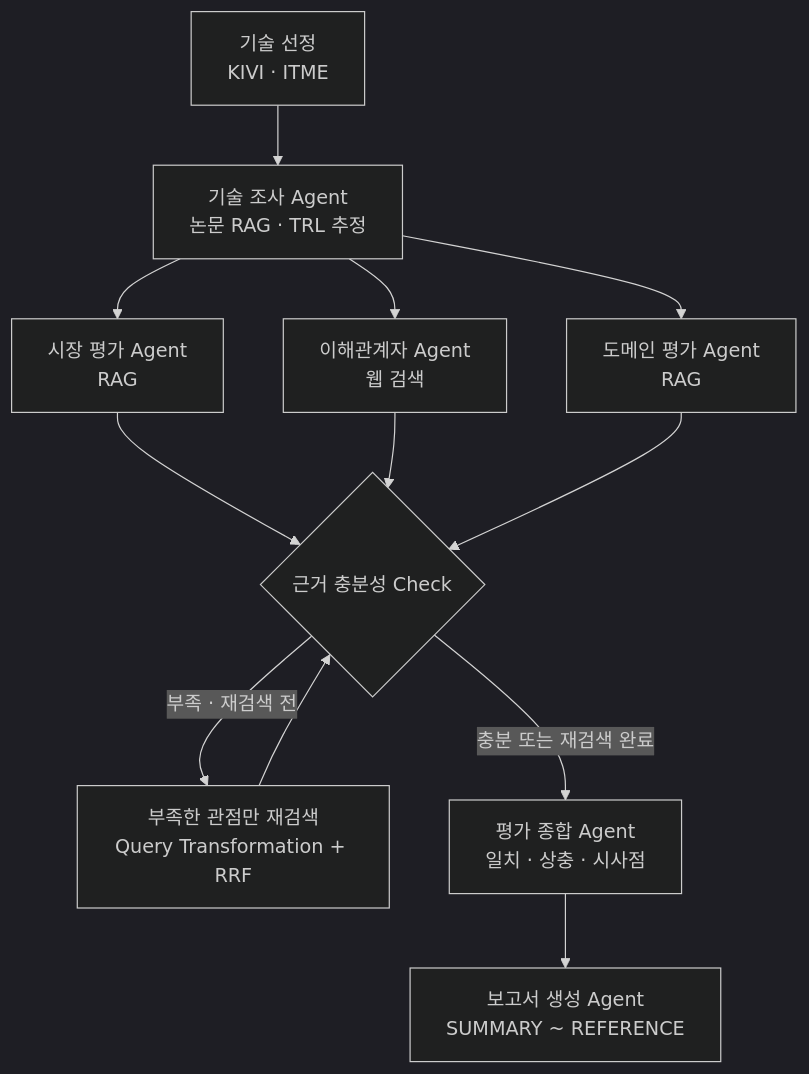
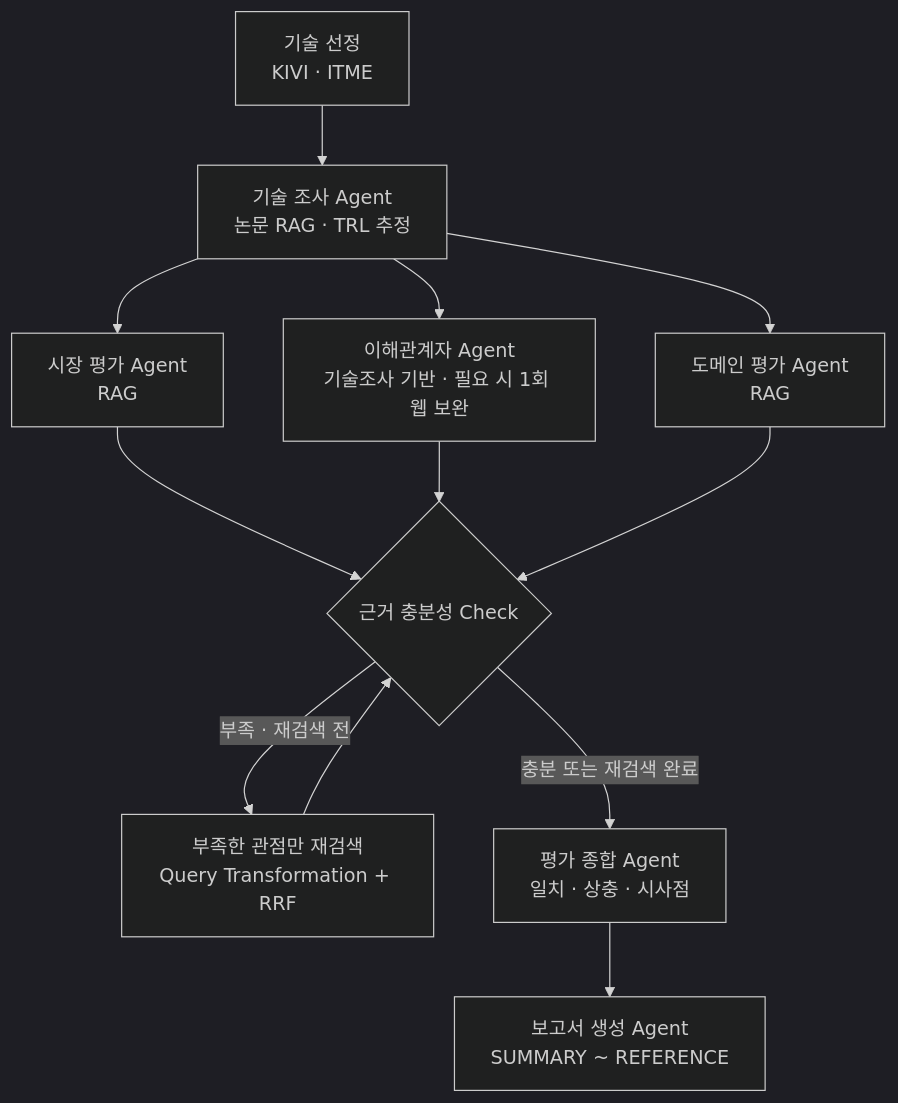
Before and after one commit to zser99/SKALA_MultiAgent: the diagram in README.md, drawn with Mermaid (dark theme). The commit also changed other lines of this file and 7 other files, not shown here.

````diff
--- a/README.md
+++ b/README.md
@@ -48,14 +53,14 @@
 ```mermaid
 flowchart TD
     A[기술 선정<br/>KIVI · ITME] --> B[기술 조사 Agent<br/>논문 RAG · TRL 추정]
     B --> C[시장 평가 Agent<br/>RAG]
-    B --> D[이해관계자 Agent<br/>웹 검색]
+    B --> D[이해관계자 Agent<br/>기술조사 기반 · 필요 시 1회 웹 보완]
     B --> E[도메인 평가 Agent<br/>RAG]
     C --> F{근거 충분성 Check}
     D --> F
     E --> F
     F -- 부족 · 재검색 전 --> H[부족한 관점만 재검색<br/>Query Transformation + RRF]
     H --> F
     F -- 충분 또는 재검색 완료 --> G[평가 종합 Agent<br/>일치 · 상충 · 시사점]
     G --> I[보고서 생성 Agent<br/>SUMMARY ~ REFERENCE]
 ```
````
